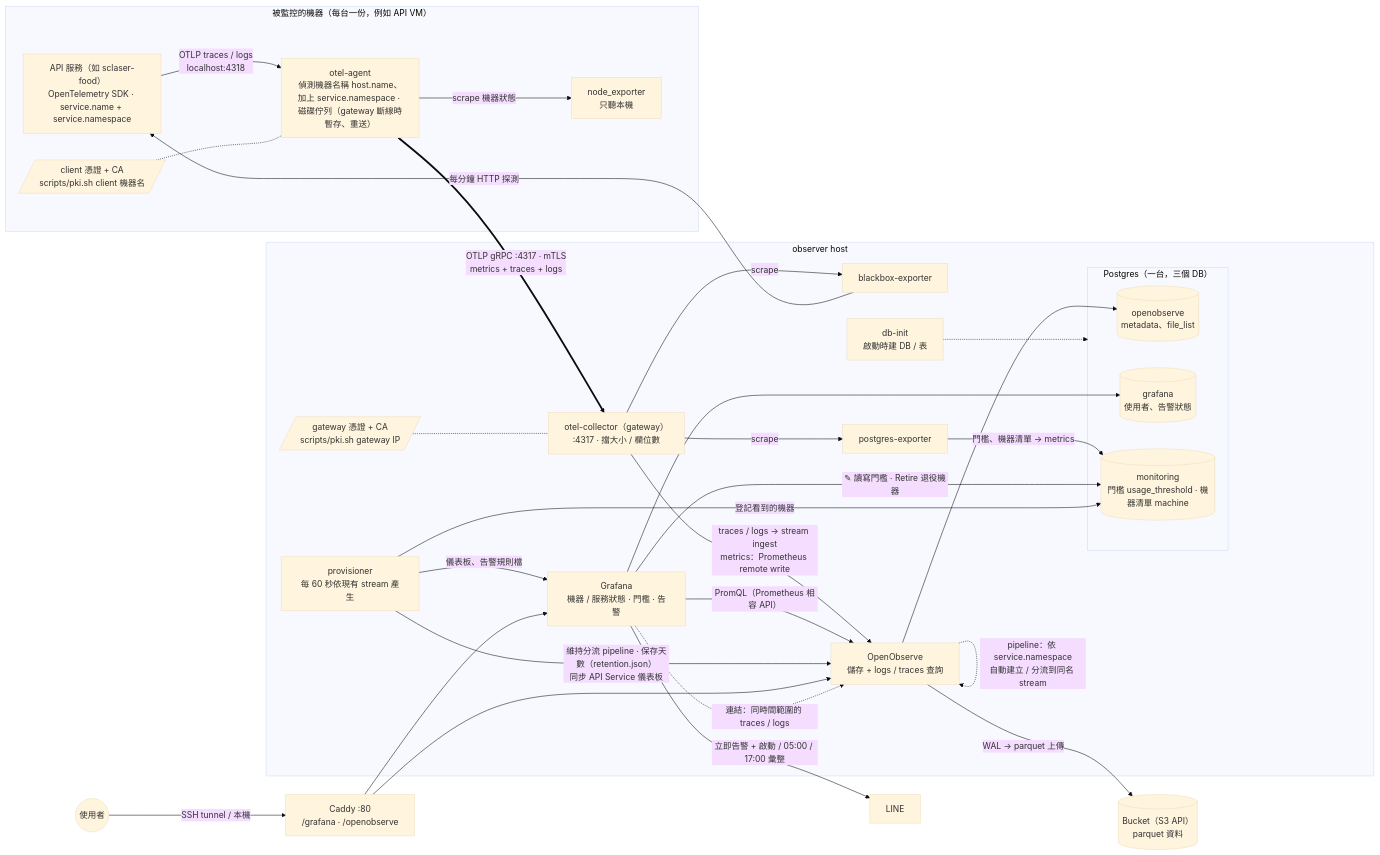
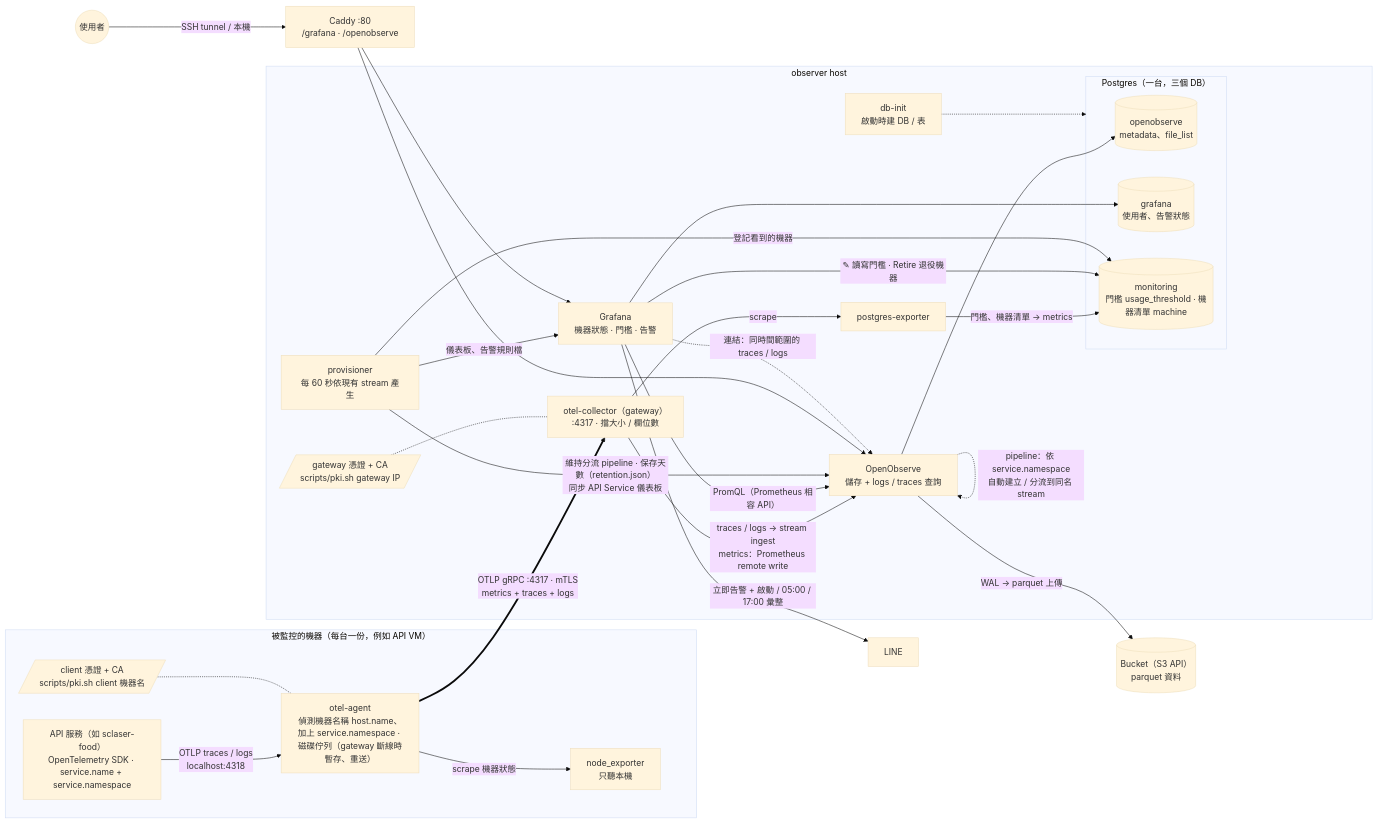
One commit to aoeskills/observability changed the diagram in docs/architecture.md. Above: the diagram before and after it, drawn with Mermaid (base theme). The commit also changed other lines of this file and 9 other files, not shown here.

````diff
--- a/docs/architecture.md
+++ b/docs/architecture.md
@@ -9,62 +10,59 @@
 ```mermaid
 flowchart LR
     subgraph machine["被監控的機器（每台一份，例如 API VM）"]
         app["API 服務（如 sclaser-food）<br/>OpenTelemetry SDK · service.name + service.namespace"]
         node["node_exporter<br/>只聽本機"]
         agent["otel-agent<br/>偵測機器名稱 host.name、加上 service.namespace · 磁碟佇列（gateway 斷線時暫存、重送）"]
         cert[/"client 憑證 + CA<br/>scripts/pki.sh client 機器名"/]
         app -->|"OTLP traces / logs<br/>localhost:4318"| agent
         agent -->|"scrape 機器狀態"| node
         cert -.- agent
     end
 
     subgraph observer["observer host"]
         gateway["otel-collector（gateway）<br/>:4317 · 擋大小 / 欄位數"]
         gwcert[/"gateway 憑證 + CA<br/>scripts/pki.sh gateway IP"/]
         gwcert -.- gateway
 
-        blackbox["blackbox-exporter"]
         pgexp["postgres-exporter"]
-        gateway -->|"scrape"| blackbox
         gateway -->|"scrape"| pgexp
 
         o2["OpenObserve<br/>儲存 + logs / traces 查詢"]
         gateway -->|"traces / logs → stream ingest<br/>metrics：Prometheus remote write"| o2
         o2 -.->|"pipeline：依 service.namespace<br/>自動建立 / 分流到同名 stream"| o2
 
         subgraph pg["Postgres（一台，三個 DB）"]
             db_o2[("openobserve<br/>metadata、file_list")]
             db_g[("grafana<br/>使用者、告警狀態")]
             db_m[("monitoring<br/>門檻 usage_threshold · 機器清單 machine")]
         end
         dbinit["db-init<br/>啟動時建 DB / 表"] -.-> pg
 
         o2 --> db_o2
         pgexp -->|"門檻、機器清單 → metrics"| db_m
 
-        grafana["Grafana<br/>機器 / 服務狀態 · 門檻 · 告警"]
+        grafana["Grafana<br/>機器狀態 · 門檻 · 告警"]
         grafana -->|"PromQL（Prometheus 相容 API）"| o2
         grafana -->|"✎ 讀寫門檻 · Retire 退役機器"| db_m
         grafana --> db_g
 
         provisioner["provisioner<br/>每 60 秒依現有 stream 產生"]
         provisioner -->|"維持分流 pipeline · 保存天數（retention.json）<br/>同步 API Service 儀表板"| o2
         provisioner -->|"儀表板、告警規則檔"| grafana
         provisioner -->|"登記看到的機器"| db_m
     end
 
     agent ==>|"OTLP gRPC :4317 · mTLS<br/>metrics + traces + logs"| gateway
-    blackbox -->|"每分鐘 HTTP 探測"| app
 
     bucket[("Bucket（S3 API）<br/>parquet 資料")]
     o2 -->|"WAL → parquet 上傳"| bucket
 
     grafana -->|"立即告警 + 啟動 / 05:00 / 17:00 彙整"| line["LINE"]
 
     user(("使用者"))
     caddy["Caddy :80<br/>/grafana · /openobserve"]
     user -->|"SSH tunnel / 本機"| caddy
     caddy --> grafana
     caddy --> o2
     grafana -.->|"連結：同時間範圍的 traces / logs"| o2
 ```
````
